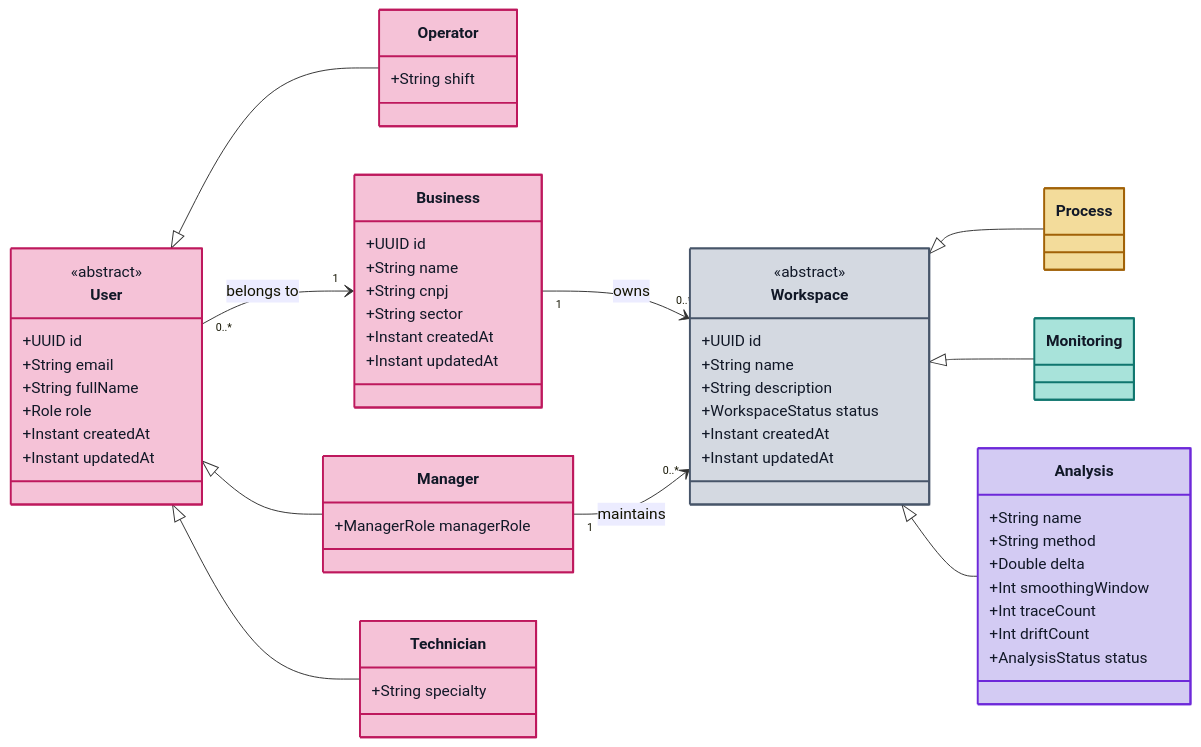
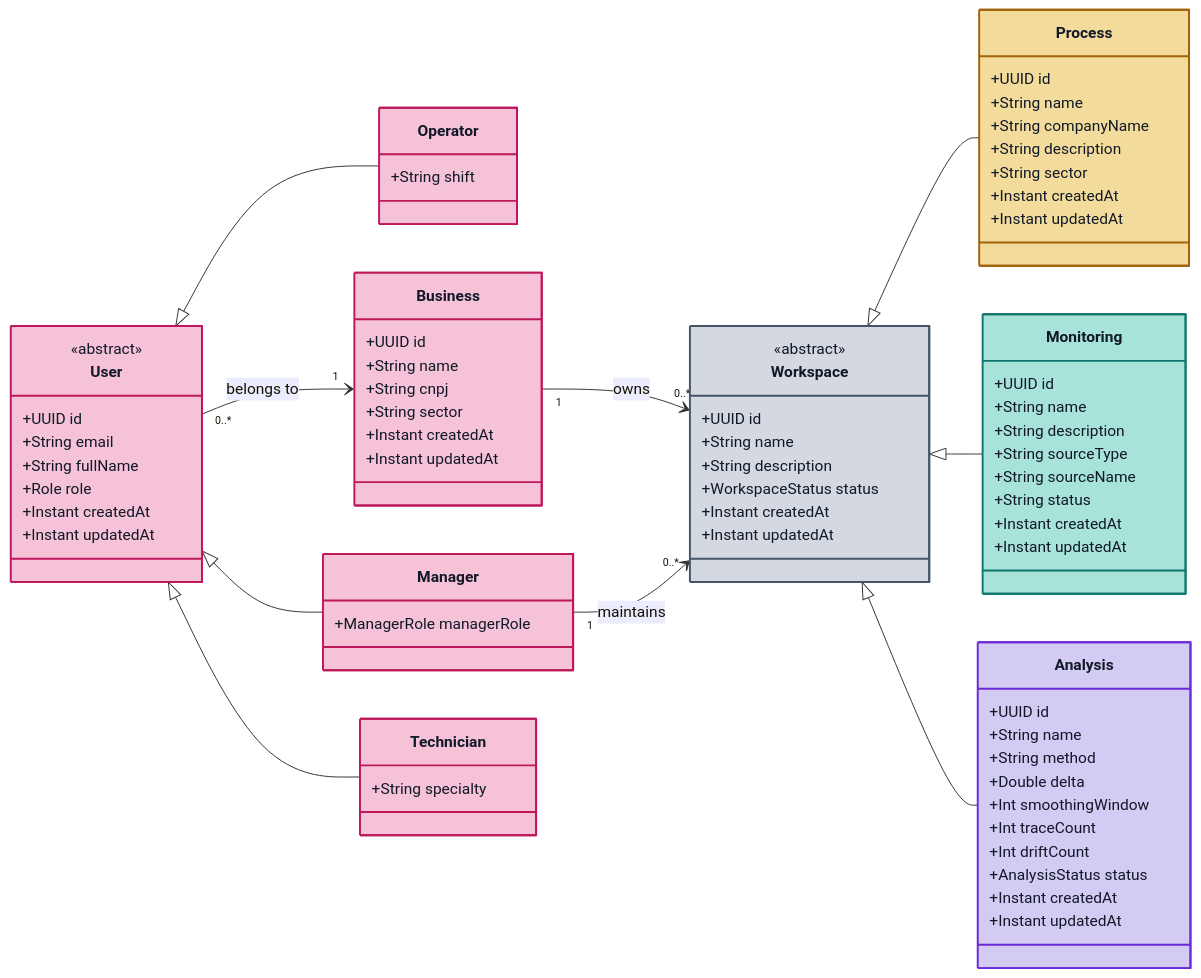
Before and after one commit to aland3r/deviante-docs: the fourth of 16 diagrams in architecture/arc42.md, drawn with Mermaid. The commit also changed other lines of this file, not shown here.

First line of the commit message:
arc42 §5: atributos Process, títulos limpos, sem Phase

```diff
--- a/architecture/arc42.md
+++ b/architecture/arc42.md
@@ -437,9 +437,27 @@
       +Instant createdAt
       +Instant updatedAt
     }
-    class Process
-    class Monitoring
+    class Process {
+      +UUID id
+      +String name
+      +String companyName
+      +String description
+      +String sector
+      +Instant createdAt
+      +Instant updatedAt
+    }
+    class Monitoring {
+      +UUID id
+      +String name
+      +String description
+      +String sourceType
+      +String sourceName
+      +String status
+      +Instant createdAt
+      +Instant updatedAt
+    }
     class Analysis {
+      +UUID id
       +String name
       +String method
       +Double delta
@@ -447,6 +465,8 @@
       +Int traceCount
       +Int driftCount
       +AnalysisStatus status
+      +Instant createdAt
+      +Instant updatedAt
     }
 
     User <|-- Operator
```
